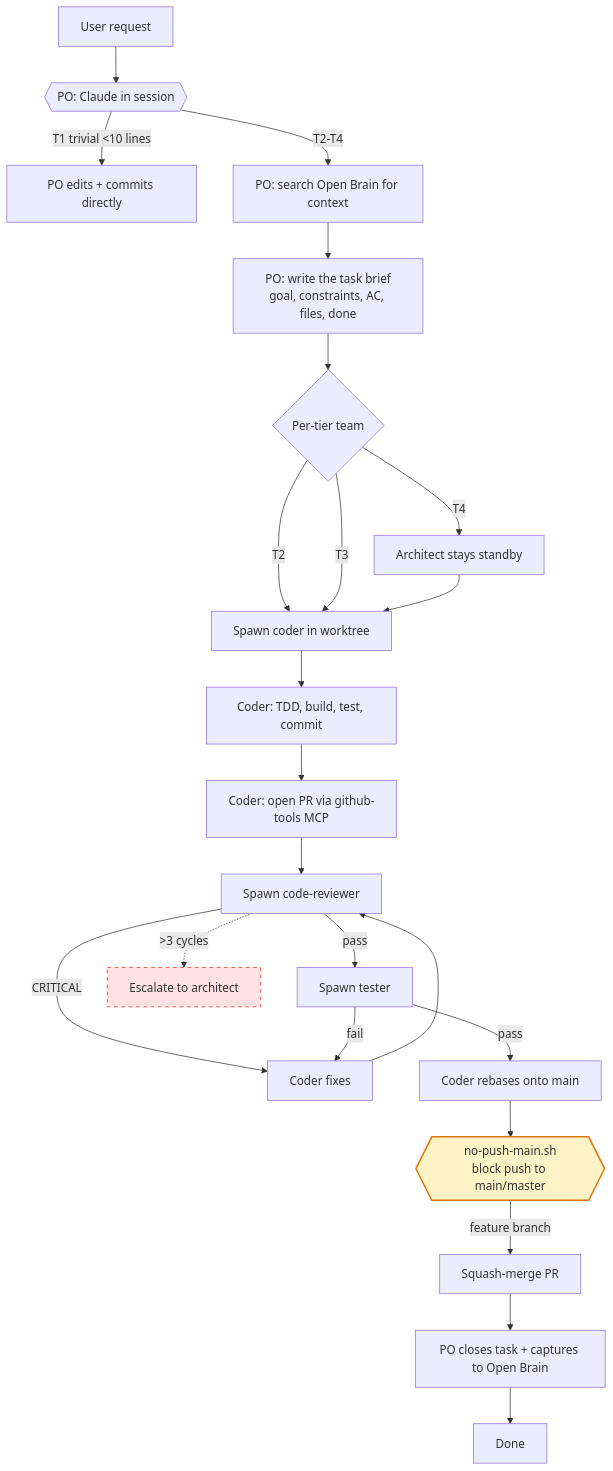
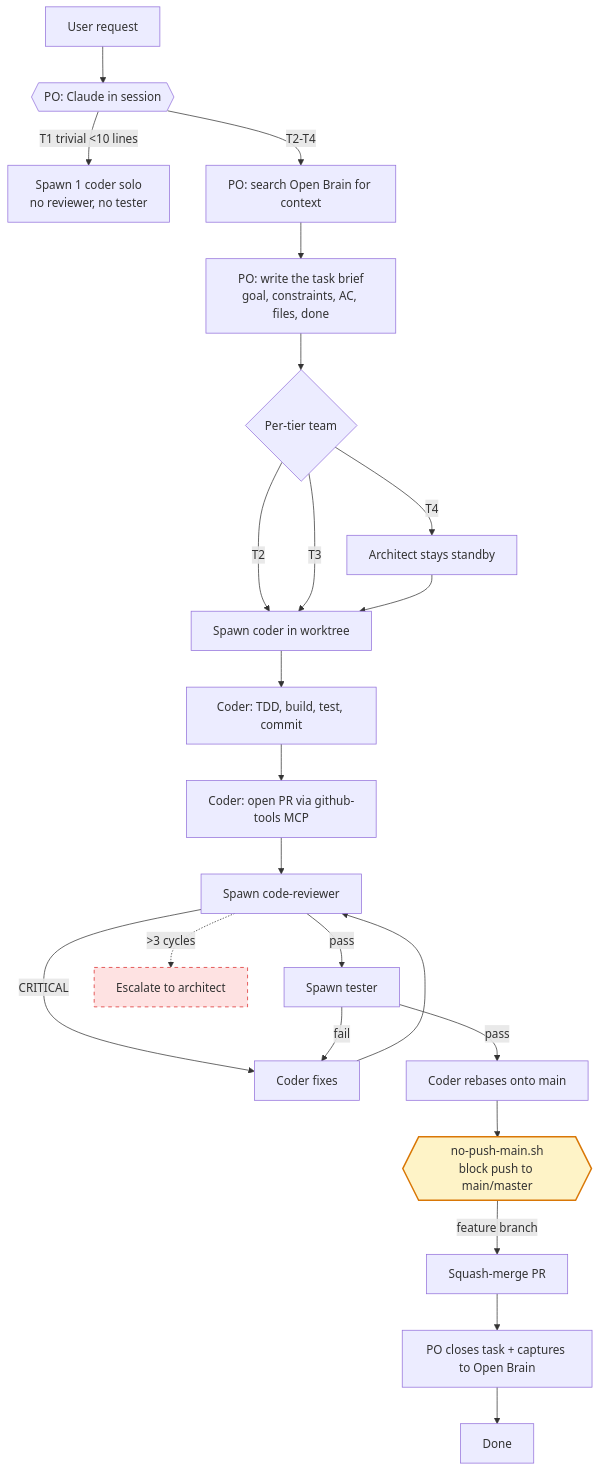
One commit to dagonet/claude-code-toolkit changed the diagram in docs/workflow-audit.md. Above: the diagram before and after it, drawn with Mermaid. The commit also changed other lines of this file and 32 other files, not shown here.

````diff
--- a/docs/workflow-audit.md
+++ b/docs/workflow-audit.md
@@ -11,28 +13,28 @@
 ```mermaid
 flowchart TD
     U[User request] --> PO{{PO: Claude in session}}
-    PO -->|T1 trivial <10 lines| POFix[PO edits + commits directly]
+    PO -->|T1 trivial <10 lines| POFix[Spawn 1 coder solo<br/>no reviewer, no tester]
     PO -->|T2-T4| OB[PO: search Open Brain for context]
     OB --> Brief[PO: write the task brief<br/>goal, constraints, AC, files, done]
     Brief --> Team{Per-tier team}
     Team -->|T2| Dev1[Spawn coder in worktree]
     Team -->|T3| Dev1
     Team -->|T4| Arch4[Architect stays standby] --> Dev1
     Dev1 --> Code[Coder: TDD, build, test, commit]
     Code --> PR[Coder: open PR via github-tools MCP]
     PR --> Rev[Spawn code-reviewer]
     Rev -->|CRITICAL| Fix[Coder fixes] --> Rev
     Rev -->|pass| Test[Spawn tester]
     Rev -. >3 cycles .-> Esc[Escalate to architect]
     Test -->|fail| Fix
     Test -->|pass| Rebase[Coder rebases onto main]
     Rebase --> H2{{no-push-main.sh<br/>block push to main/master}}
     H2 -->|feature branch| Squash[Squash-merge PR]
     Squash --> Close[PO closes task + captures to Open Brain]
     Close --> Done[Done]
 
     classDef hook fill:#fef3c7,stroke:#d97706,stroke-width:2px;
     class H2 hook;
     classDef gap fill:#fee2e2,stroke:#dc2626,stroke-dasharray: 5 5;
     class Esc gap;
 ```
````
